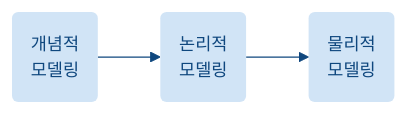
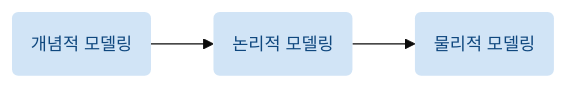
One commit to ssomal62/ssomal62.github.io changed the first of 9 diagrams in _posts/2023-10-01-sqrd001.md. Above: the diagram before and after it, drawn with Mermaid (base theme). The commit also changed other lines of this file and 26 other files, not shown here.

```diff
--- a/_posts/2023-10-01-sqrd001.md
+++ b/_posts/2023-10-01-sqrd001.md
@@ -36,18 +36,12 @@
 <div class="mermaid">
   flowchart LR
   classDef basic fill:#D1E4F6, stroke:#0F477E, stroke-width:0px, color:#0F477E, font-size:14px
 
-    dix(개념적 
-    모델링):::basic
-    --> 
-    dix1(논리적 
-    모델링)
-    
-    dix1:::basic
-    --> 
-    dix2(물리적 
-    모델링):::basic
+    md1(개념적 모델링):::basic
+    md2(논리적 모델링):::basic
+    md3(물리적 모델링):::basic
 
-  linkStyle 0 stroke:#0F477E
-  linkStyle 1 stroke:#0F477E
+    md1-->md2-->md3
+
+
 </div>
```
